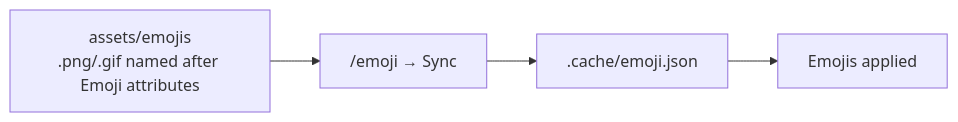
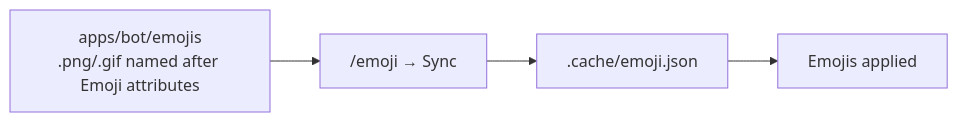
The second of 2 diagrams in README.md (swayam25/Square-Bot), drawn with Mermaid before and after one commit. The commit also changed other lines of this file and 275 other files, not shown here.

First line of the commit message:
Turn the repo into a Turborepo with `apps/bot` and `apps/web`

````diff
--- a/README.md
+++ b/README.md
@@ -134,6 +134,6 @@
 ```mermaid
 flowchart LR
-    A["assets/emojis<br/>.png/.gif named after Emoji attributes"] --> B["/emoji → Sync"]
+    A["apps/bot/emojis<br/>.png/.gif named after Emoji attributes"] --> B["/emoji → Sync"]
     B --> C[".cache/emoji.json"]
     C --> D["Emojis applied"]
 ```
````
